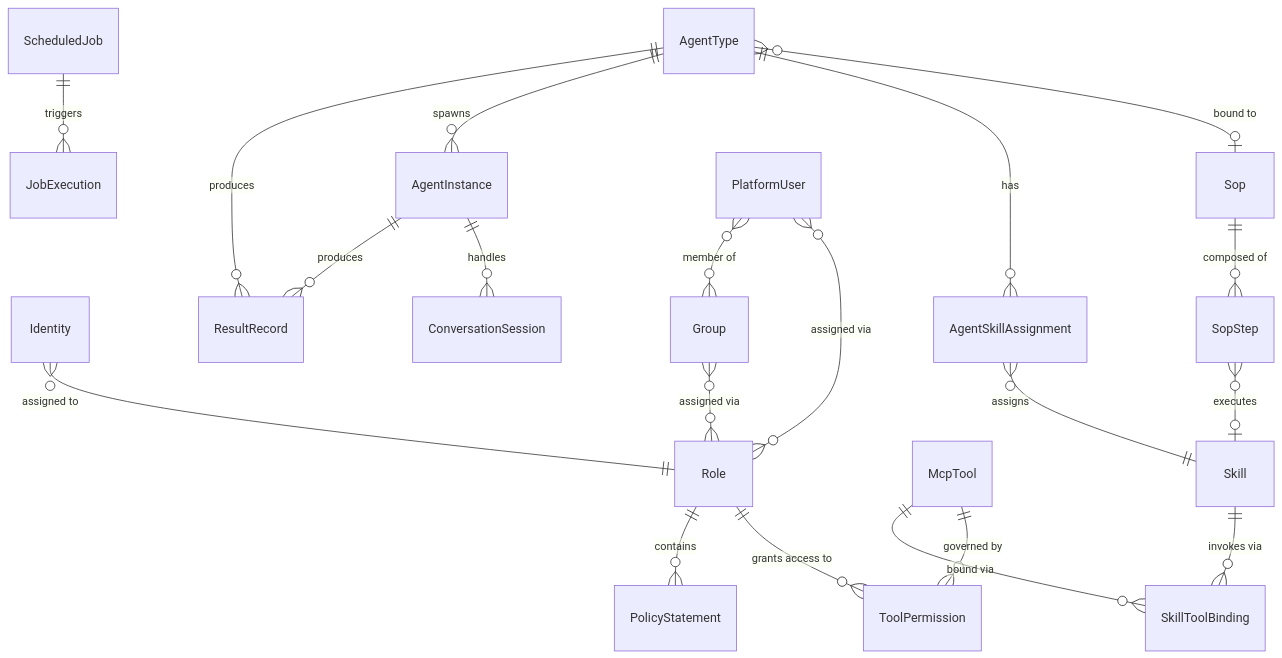
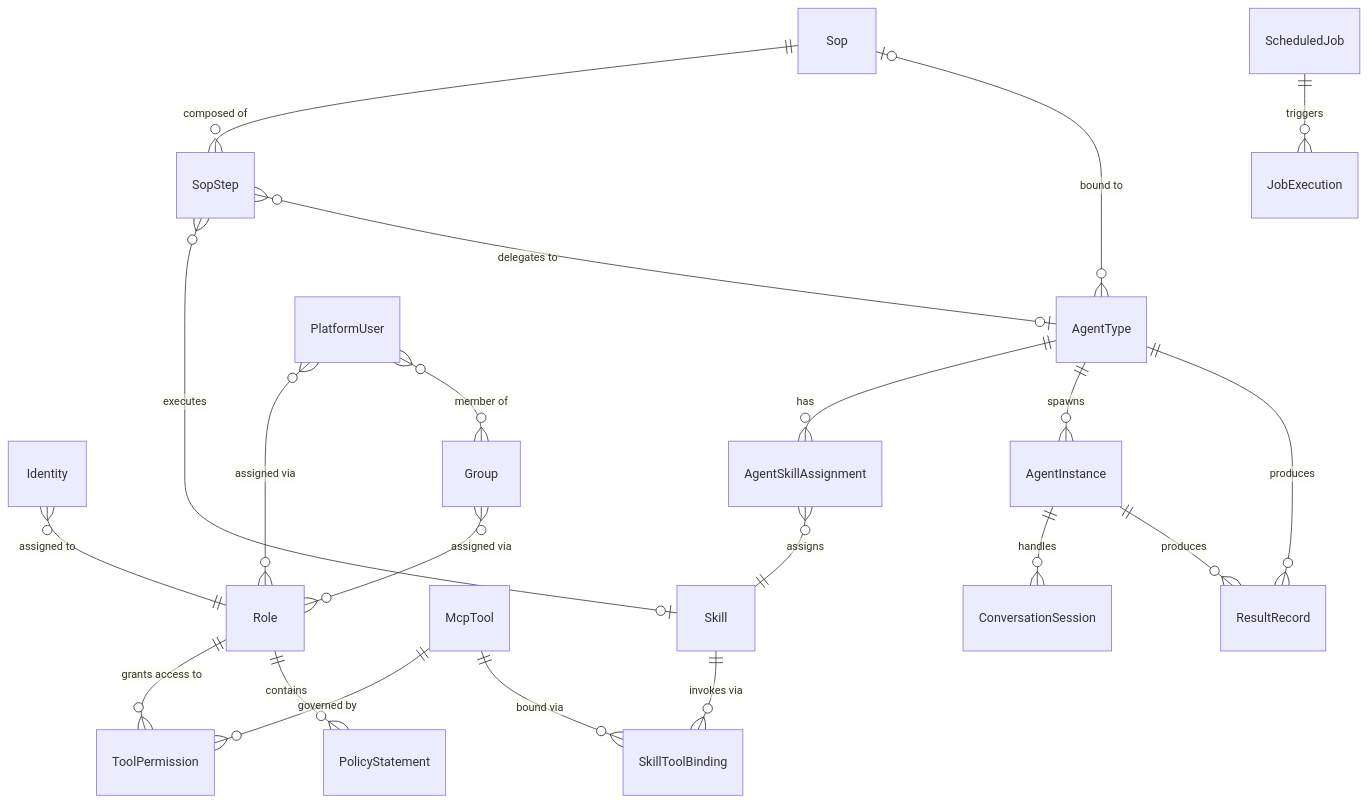
One commit to hurungang/parthenon changed the eighth of 8 diagrams in docs/master/data-model/overview.md. Above: the diagram before and after it, drawn with Mermaid. The commit also changed other lines of this file and 169 other files, not shown here.

````diff
--- a/docs/master/data-model/overview.md
+++ b/docs/master/data-model/overview.md
@@ -397,22 +420,23 @@
 ```mermaid
 erDiagram
     Identity }o--|| Role : "assigned to"
     Role ||--o{ ToolPermission : "grants access to"
     McpTool ||--o{ ToolPermission : "governed by"
     McpTool ||--o{ SkillToolBinding : "bound via"
     Skill ||--o{ SkillToolBinding : "invokes via"
     Sop ||--o{ SopStep : "composed of"
     SopStep }o--o| Skill : "executes"
+    SopStep }o--o| AgentType : "delegates to"
     AgentType }o--o| Sop : "bound to"
     AgentType ||--o{ AgentSkillAssignment : "has"
     AgentSkillAssignment }o--|| Skill : "assigns"
     AgentType ||--o{ AgentInstance : "spawns"
     AgentInstance ||--o{ ConversationSession : "handles"
     AgentType ||--o{ ResultRecord : "produces"
     AgentInstance ||--o{ ResultRecord : "produces"
     ScheduledJob ||--o{ JobExecution : "triggers"
     Role ||--o{ PolicyStatement : "contains"
     PlatformUser }o--o{ Role : "assigned via"
     PlatformUser }o--o{ Group : "member of"
     Group }o--o{ Role : "assigned via"
 ```
````
